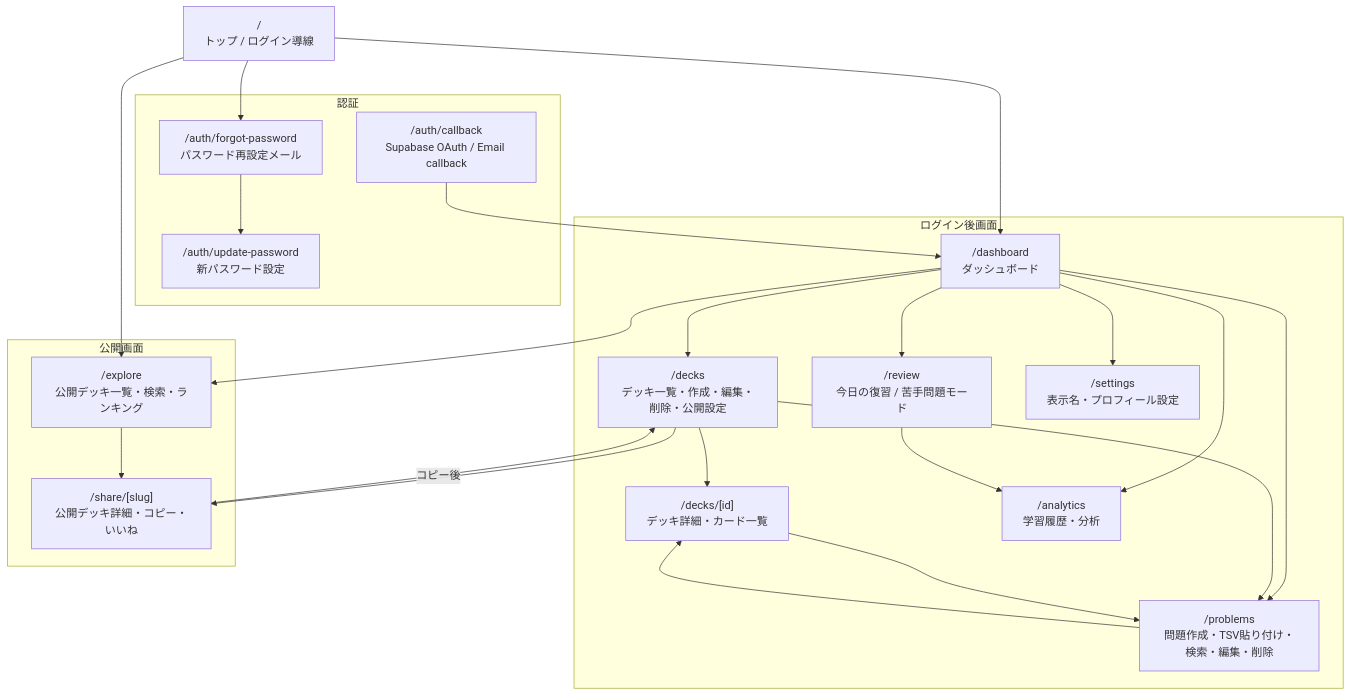
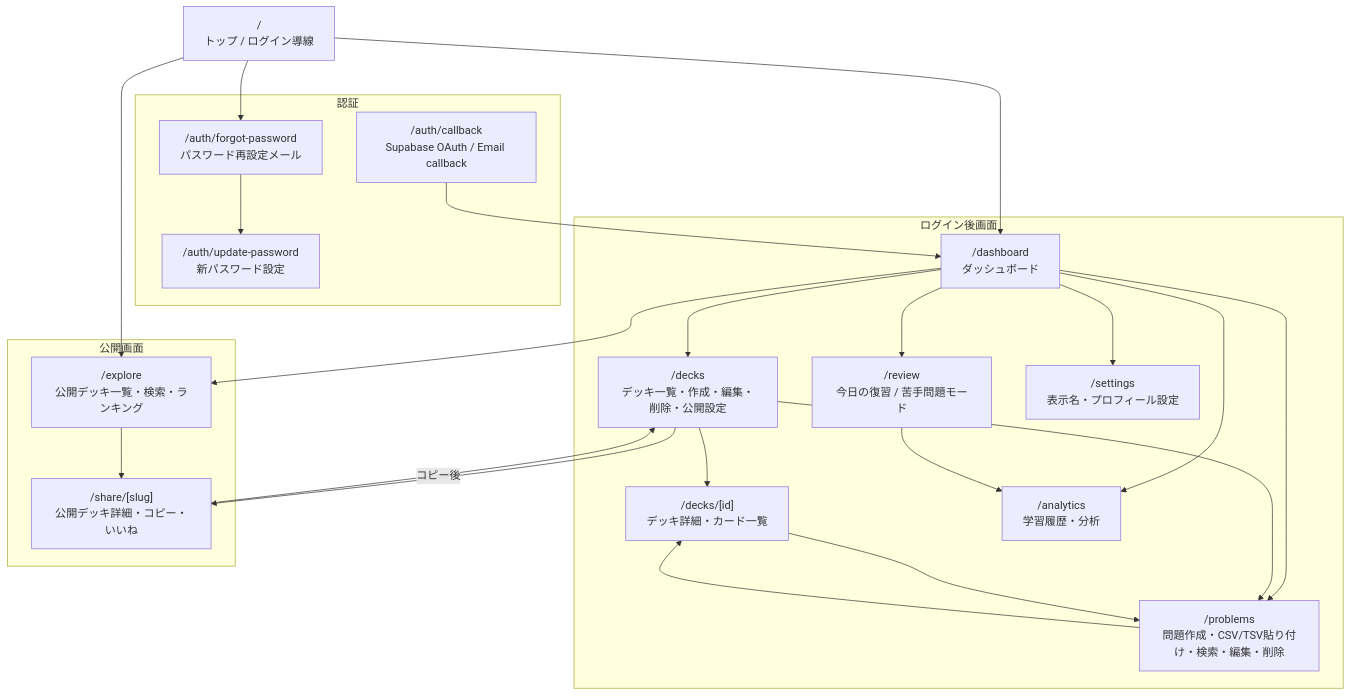
One commit to wawawatamasa0218-cmyk/recall-grid changed the first of 2 diagrams in docs/diagrams/02-screen-overview.md. Above: the diagram before and after it, drawn with Mermaid. The commit also changed other lines of this file and 9 other files, not shown here.

Commit message:
feat: import problems from csv

````diff
--- a/docs/diagrams/02-screen-overview.md
+++ b/docs/diagrams/02-screen-overview.md
@@ -5,47 +5,47 @@
 ```mermaid
 flowchart TB
   Top["/\nトップ / ログイン導線"]
 
   subgraph Auth["認証"]
     Callback["/auth/callback\nSupabase OAuth / Email callback"]
     Forgot["/auth/forgot-password\nパスワード再設定メール"]
     Update["/auth/update-password\n新パスワード設定"]
   end
 
   subgraph Private["ログイン後画面"]
     Dashboard["/dashboard\nダッシュボード"]
     Decks["/decks\nデッキ一覧・作成・編集・削除・公開設定"]
     DeckDetail["/decks/[id]\nデッキ詳細・カード一覧"]
-    Problems["/problems\n問題作成・TSV貼り付け・検索・編集・削除"]
+    Problems["/problems\n問題作成・CSV/TSV貼り付け・検索・編集・削除"]
     Review["/review\n今日の復習 / 苦手問題モード"]
     Analytics["/analytics\n学習履歴・分析"]
     Settings["/settings\n表示名・プロフィール設定"]
   end
 
   subgraph Public["公開画面"]
     Explore["/explore\n公開デッキ一覧・検索・ランキング"]
     Share["/share/[slug]\n公開デッキ詳細・コピー・いいね"]
   end
 
   Top --> Dashboard
   Top --> Forgot
   Top --> Explore
   Forgot --> Update
   Callback --> Dashboard
 
   Dashboard --> Decks
   Dashboard --> Problems
   Dashboard --> Review
   Dashboard --> Explore
   Dashboard --> Analytics
   Dashboard --> Settings
 
   Decks --> DeckDetail
   Decks --> Problems
   Decks --> Share
   DeckDetail --> Problems
   Problems --> DeckDetail
   Review --> Analytics
   Explore --> Share
   Share -->|"コピー後"| Decks
 ```
````
